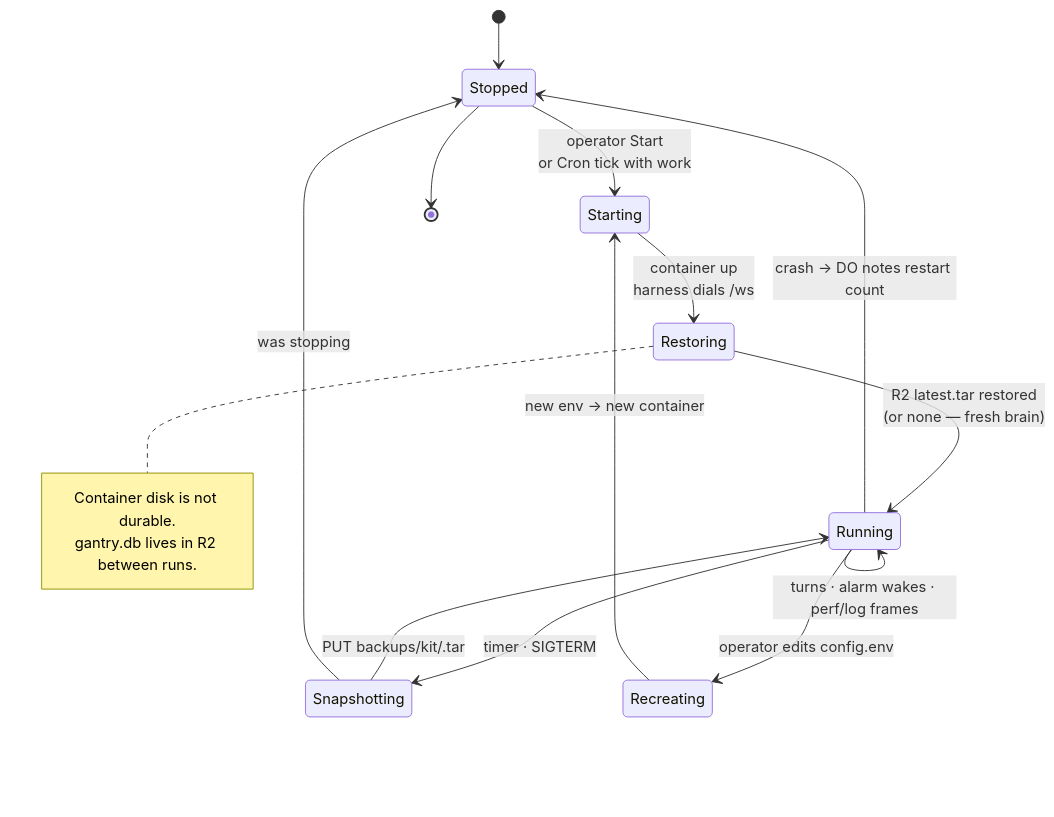
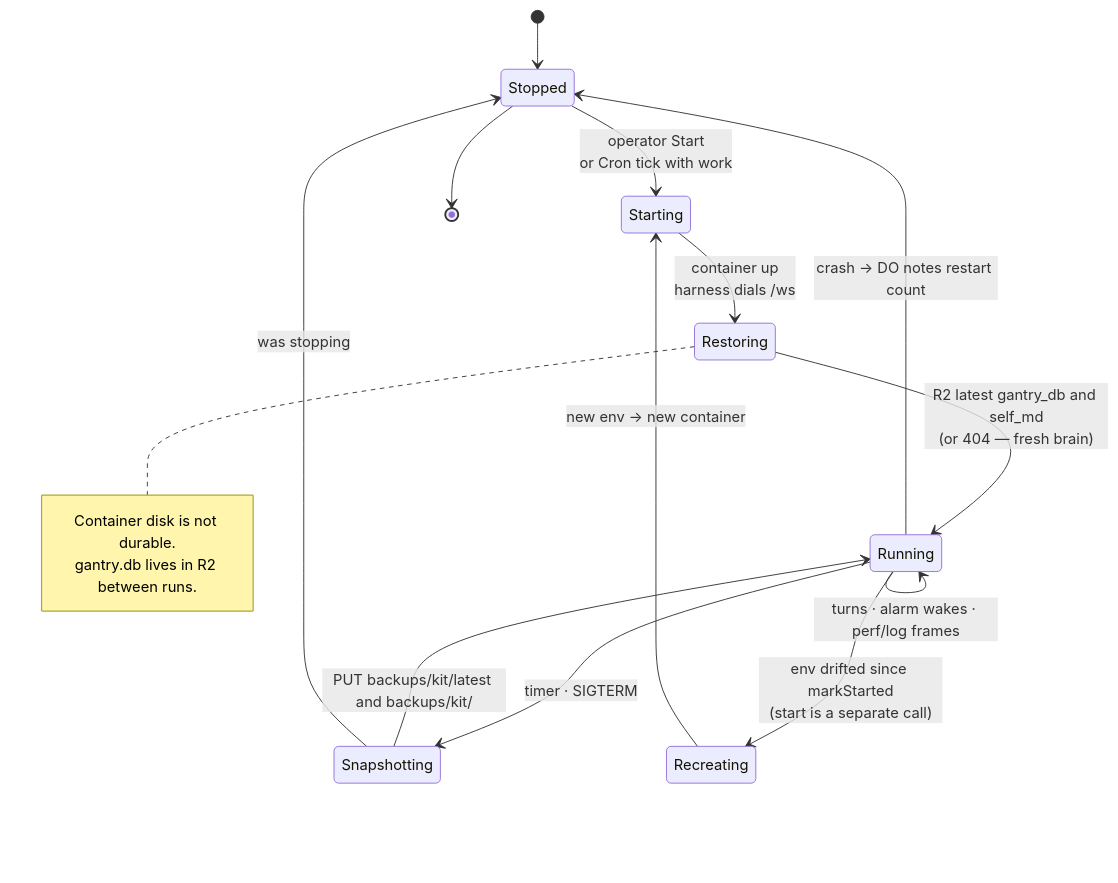
Before and after one commit to shotah/gantree2: the sixth of 10 diagrams in docs/architecture.md, drawn with Mermaid. The commit also changed other lines of this file and 1479 other files, not shown here.

````diff
--- a/docs/architecture.md
+++ b/docs/architecture.md
@@ -235,20 +242,20 @@
 ```mermaid
 stateDiagram-v2
   [*] --> Stopped
   Stopped --> Starting : operator Start<br/>or Cron tick with work
   Starting --> Restoring : container up<br/>harness dials /ws
-  Restoring --> Running : R2 latest.tar restored<br/>(or none — fresh brain)
+  Restoring --> Running : R2 latest gantry_db and self_md<br/>(or 404 — fresh brain)
   Running --> Running : turns · alarm wakes · perf/log frames
   Running --> Snapshotting : timer · SIGTERM
-  Snapshotting --> Running : PUT backups/kit/<stamp>.tar
+  Snapshotting --> Running : PUT backups/kit/latest and backups/kit/<stamp>
   Snapshotting --> Stopped : was stopping
-  Running --> Recreating : operator edits config.env
+  Running --> Recreating : env drifted since markStarted<br/>(start is a separate call)
   Recreating --> Starting : new env → new container
   Running --> Stopped : crash → DO notes restart count
   Stopped --> [*]
 
   note right of Restoring
     Container disk is not durable.
     gantry.db lives in R2 between runs.
   end note
 ```
````
